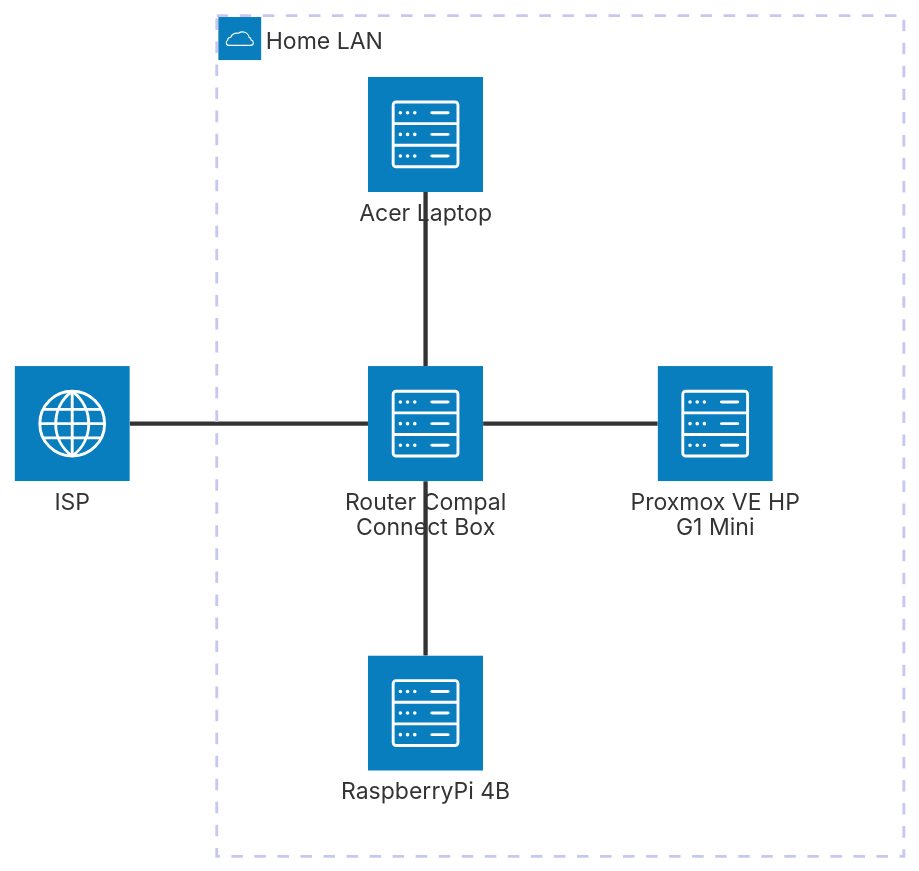
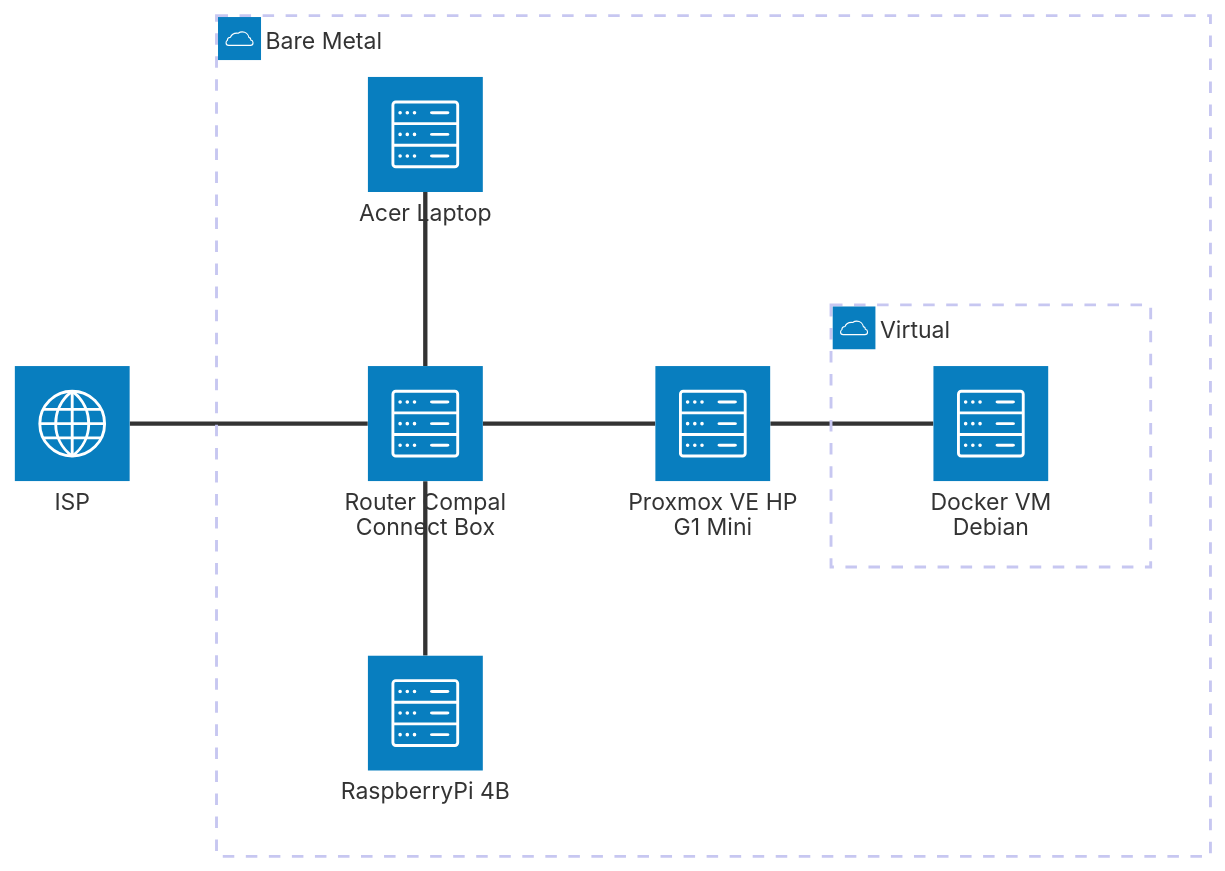
Before and after one commit to AlexSzczygielski/casa-mia-network: the second of 2 diagrams in README.md, drawn with Mermaid. The commit also changed other lines of this file, not shown here.

````diff
--- a/README.md
+++ b/README.md
@@ -17,15 +30,18 @@
 ```mermaid
 architecture-beta
-    group lan(cloud)[Home LAN]
+    group lan(cloud)[Bare Metal]
+    group virtual(cloud)[Virtual] in lan
 
     service internet(internet)[ISP]
     service router(server)[Router Compal Connect Box] in lan
     service pve(server)[Proxmox VE HP G1 Mini] in lan
     service pi(server)[RaspberryPi 4B] in lan
     service laptop(server)[Acer Laptop] in lan
+    service docker(server)[Docker VM Debian] in virtual
 
     internet:R -- L:router
     router:R -- L:pve
+    pve:R -- L:docker
     router:B -- T:pi
     router:T -- B:laptop
 ```
````
